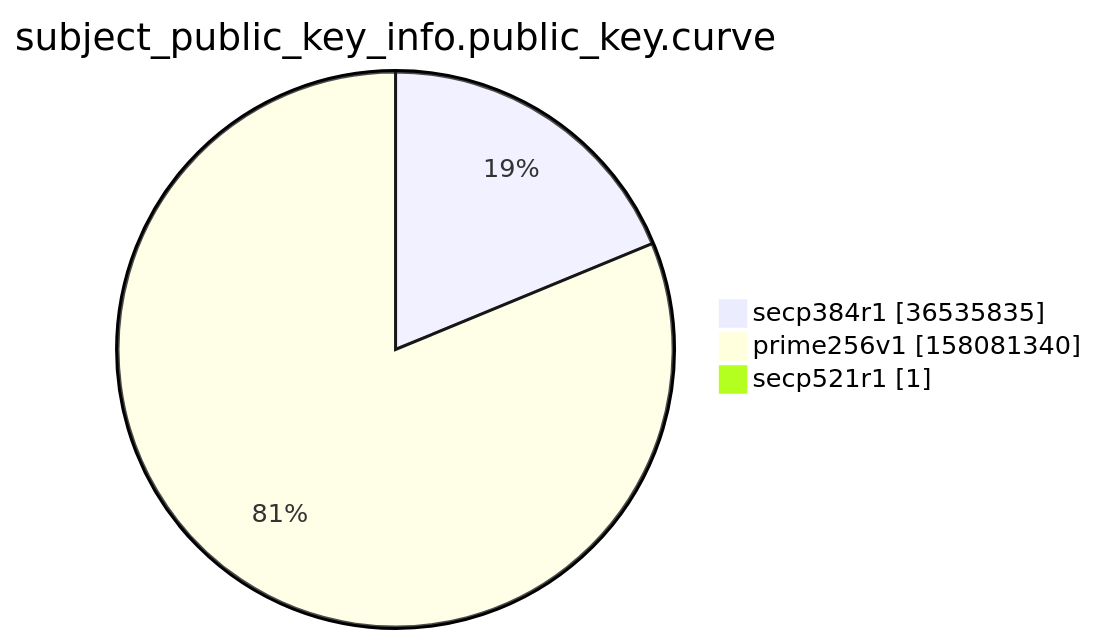
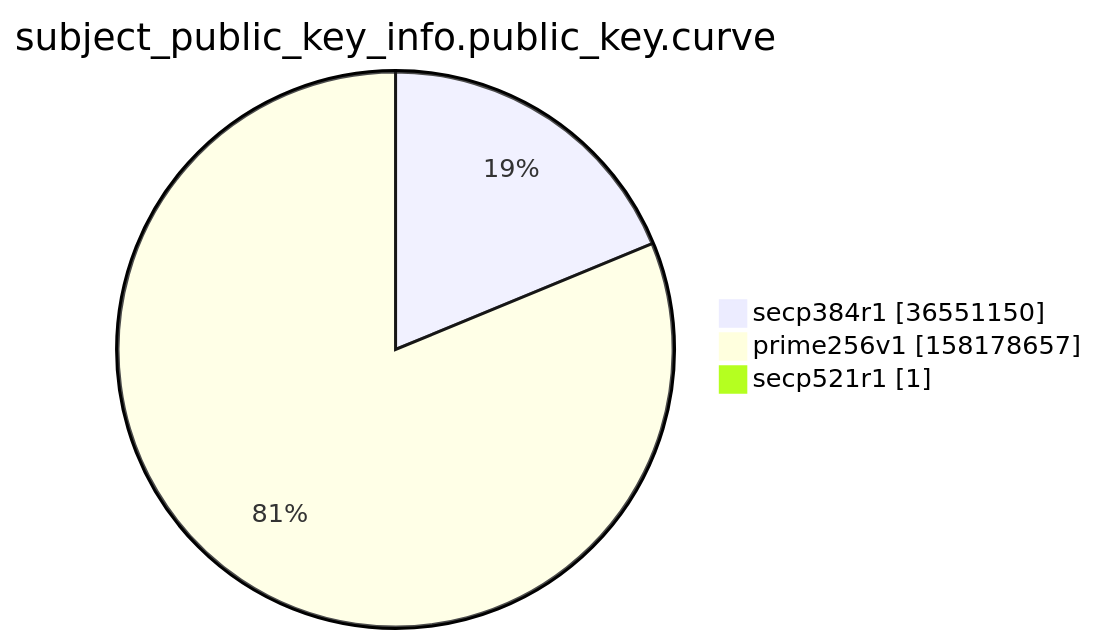
Before and after one commit to christiankrug/ctmonitor_visualization: the ninth of 15 diagrams in argon2022/README.md, drawn with Mermaid. The commit also changed other lines of this file, not shown here.

````diff
--- a/argon2022/README.md
+++ b/argon2022/README.md
@@ -2766,7 +2766,7 @@
 ```mermaid
 pie showData
 title subject_public_key_info.public_key.curve
-"secp384r1" :36535835
-"prime256v1" :158081340
+"secp384r1" :36551150
+"prime256v1" :158178657
 "secp521r1" :1
 ```
````
